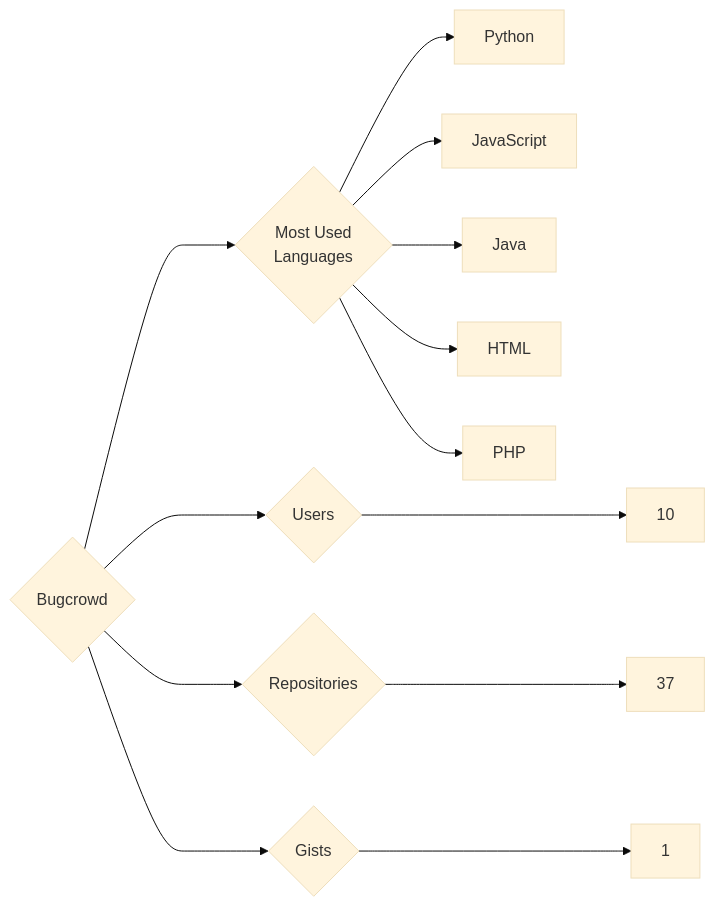
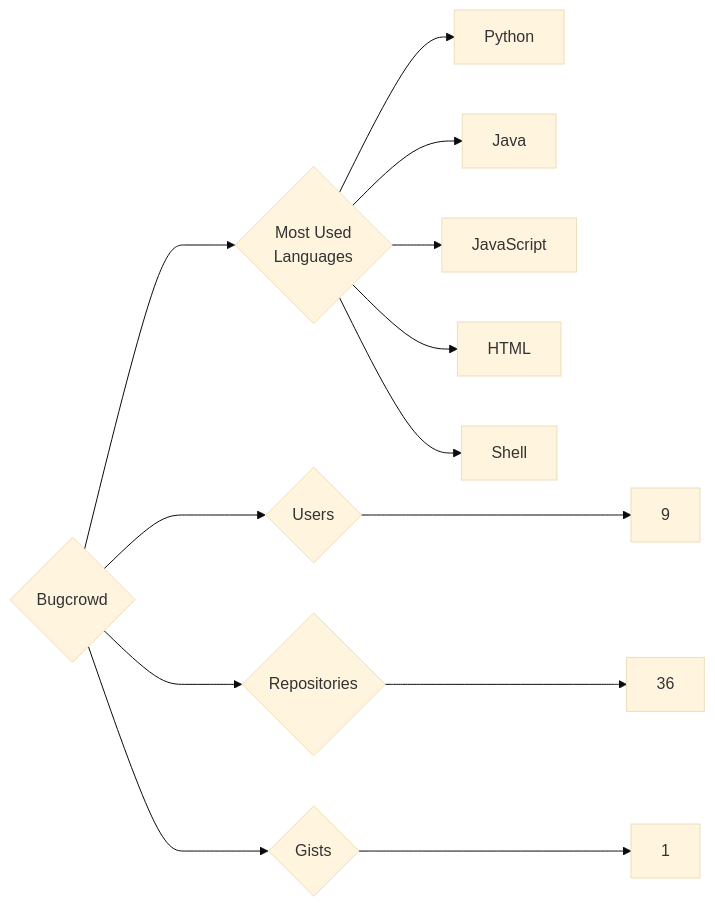
Before and after one commit to trickest/insiders: the diagram in targets/Bugcrowd/README.md, drawn with Mermaid (base theme). The commit also changed 988 other files, not shown here.

````diff
--- a/targets/Bugcrowd/README.md
+++ b/targets/Bugcrowd/README.md
@@ -3,13 +3,13 @@
 ```mermaid
 graph LR
 COMPANY_NAME{Bugcrowd}
-COMPANY_NAME ---> U{Users} ---> UN[10]
-COMPANY_NAME ---> R{Repositories} ---> RN[37]
+COMPANY_NAME ---> U{Users} ---> UN[9]
+COMPANY_NAME ---> R{Repositories} ---> RN[36]
 COMPANY_NAME ---> G{Gists} ---> GN[1]
 COMPANY_NAME ---> ML{Most Used<br>Languages}
 ML --> Python[Python]
+ML --> Java[Java]
 ML --> JavaScript[JavaScript]
-ML --> Java[Java]
 ML --> HTML[HTML]
-ML --> PHP[PHP]
+ML --> Shell[Shell]
 ```
````
